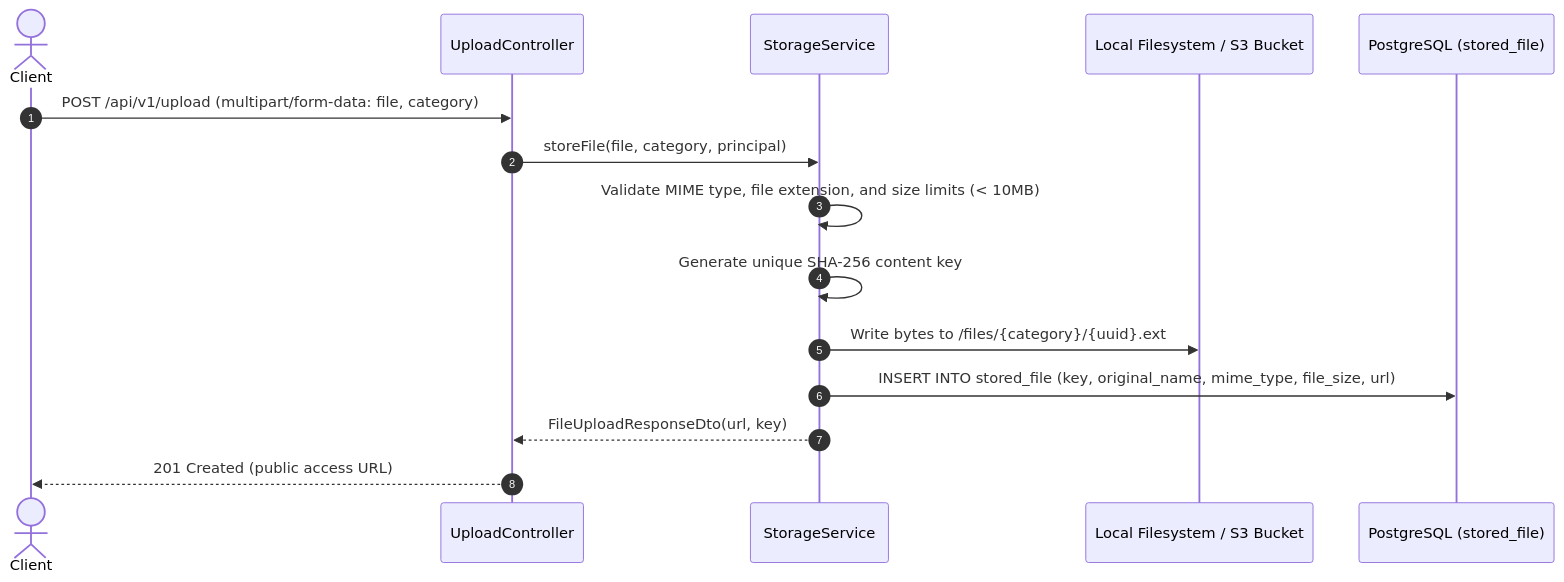
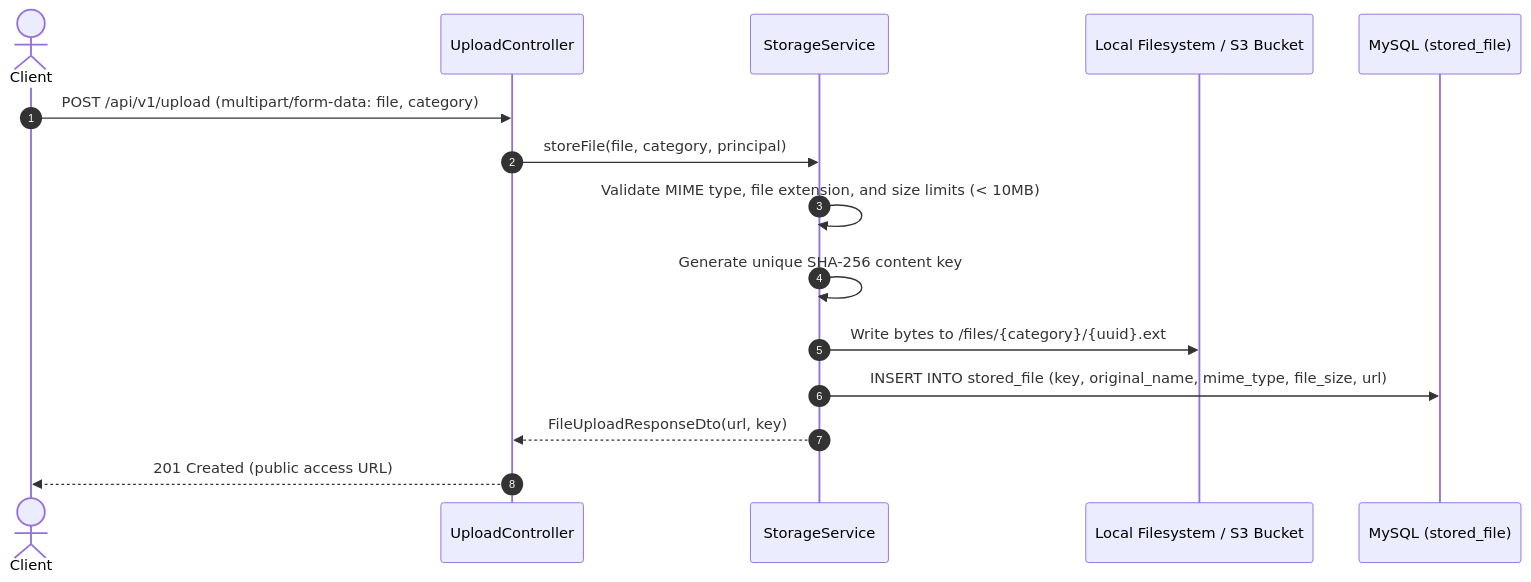
One commit to narasimha-reddy/costonomy-mp-api changed the fourth of 5 diagrams in docs/architecture/sequence-diagrams/08-communication-and-admin.md. Above: the diagram before and after it, drawn with Mermaid. The commit also changed other lines of this file and 19 other files, not shown here.

First line of the commit message:
docs(delivery): current state, diagrams, decisions D-204 to D-207, changelog and traceability

````diff
--- a/docs/architecture/sequence-diagrams/08-communication-and-admin.md
+++ b/docs/architecture/sequence-diagrams/08-communication-and-admin.md
@@ -98,18 +98,18 @@
 ```mermaid
 sequenceDiagram
     autonumber
     actor User as Client
     participant UC as UploadController
     participant SS as StorageService
     participant FS as Local Filesystem / S3 Bucket
-    participant DB as PostgreSQL (stored_file)
+    participant DB as MySQL (stored_file)
 
     User->>UC: POST /api/v1/upload (multipart/form-data: file, category)
     UC->>SS: storeFile(file, category, principal)
     SS->>SS: Validate MIME type, file extension, and size limits (< 10MB)
     SS->>SS: Generate unique SHA-256 content key
     SS->>FS: Write bytes to /files/{category}/{uuid}.ext
     SS->>DB: INSERT INTO stored_file (key, original_name, mime_type, file_size, url)
     SS-->>UC: FileUploadResponseDto(url, key)
     UC-->>User: 201 Created (public access URL)
 ```
````
